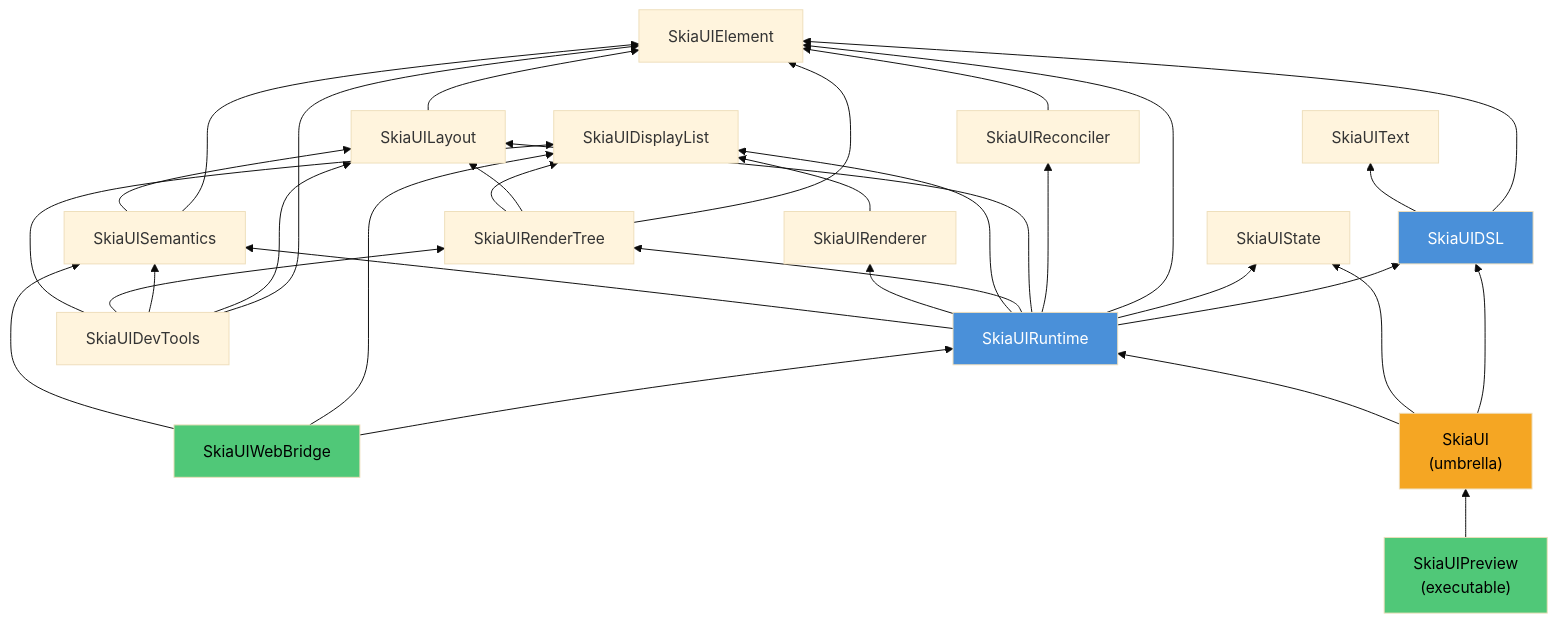
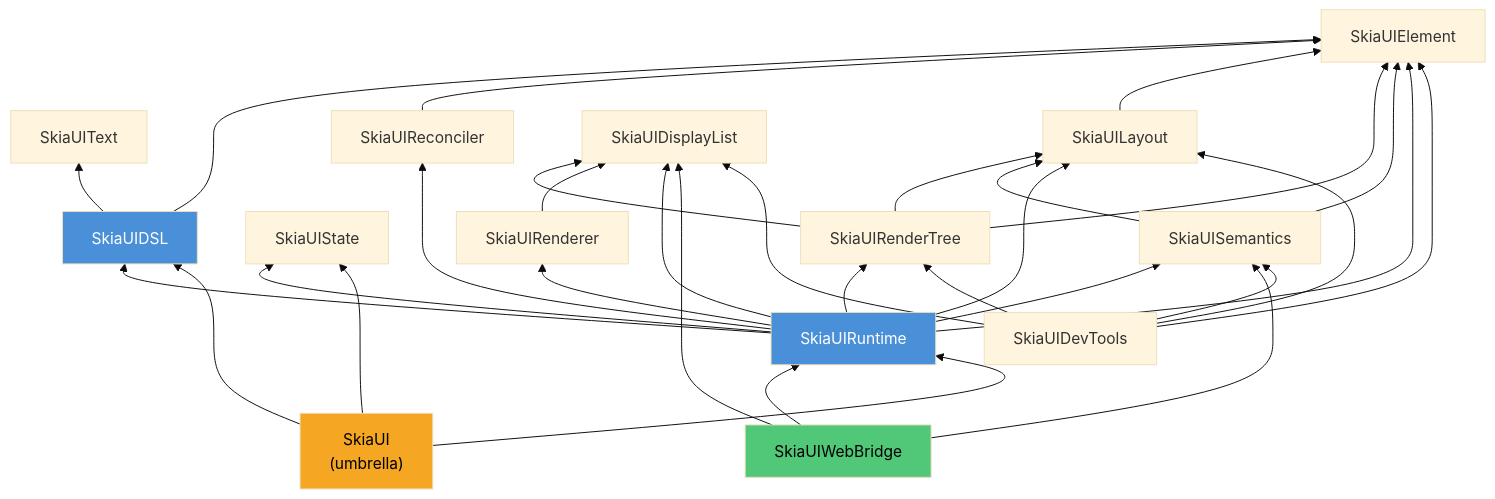
Before and after one commit to devyhan/SkiaUI: the third of 3 diagrams in Docs/README.md, drawn with Mermaid (base theme). The commit also changed other lines of this file and 10 other files, not shown here.

````diff
--- a/Docs/README.md
+++ b/Docs/README.md
@@ -107,56 +107,52 @@
 ```mermaid
 graph BT
     Element["SkiaUIElement"]
     Text["SkiaUIText"]
     DSL["SkiaUIDSL"]
     State["SkiaUIState"]
     Reconciler["SkiaUIReconciler"]
     Layout["SkiaUILayout"]
     DL["SkiaUIDisplayList"]
     Renderer["SkiaUIRenderer"]
     RenderTree["SkiaUIRenderTree"]
     Semantics["SkiaUISemantics"]
     Runtime["SkiaUIRuntime"]
     WebBridge["SkiaUIWebBridge"]
     DevTools["SkiaUIDevTools"]
     Umbrella["SkiaUI<br/>(umbrella)"]
-    Preview["SkiaUIPreview<br/>(executable)"]
-
     DSL --> Element
     DSL --> Text
     Reconciler --> Element
     Layout --> Element
     RenderTree --> Element
     RenderTree --> Layout
     RenderTree --> DL
     Renderer --> DL
     Semantics --> Element
     Semantics --> Layout
     Runtime --> DSL
     Runtime --> State
     Runtime --> Element
     Runtime --> Reconciler
     Runtime --> Layout
     Runtime --> RenderTree
     Runtime --> DL
     Runtime --> Renderer
     Runtime --> Semantics
     WebBridge --> Runtime
     WebBridge --> DL
     WebBridge --> Semantics
     DevTools --> Element
     DevTools --> Layout
     DevTools --> Semantics
     DevTools --> RenderTree
     DevTools --> DL
     Umbrella --> DSL
     Umbrella --> State
     Umbrella --> Runtime
-    Preview --> Umbrella
 
     style Umbrella fill:#f5a623,color:#000
     style Runtime fill:#4a90d9,color:#fff
     style DSL fill:#4a90d9,color:#fff
-    style Preview fill:#50c878,color:#000
     style WebBridge fill:#50c878,color:#000
 ```
````
